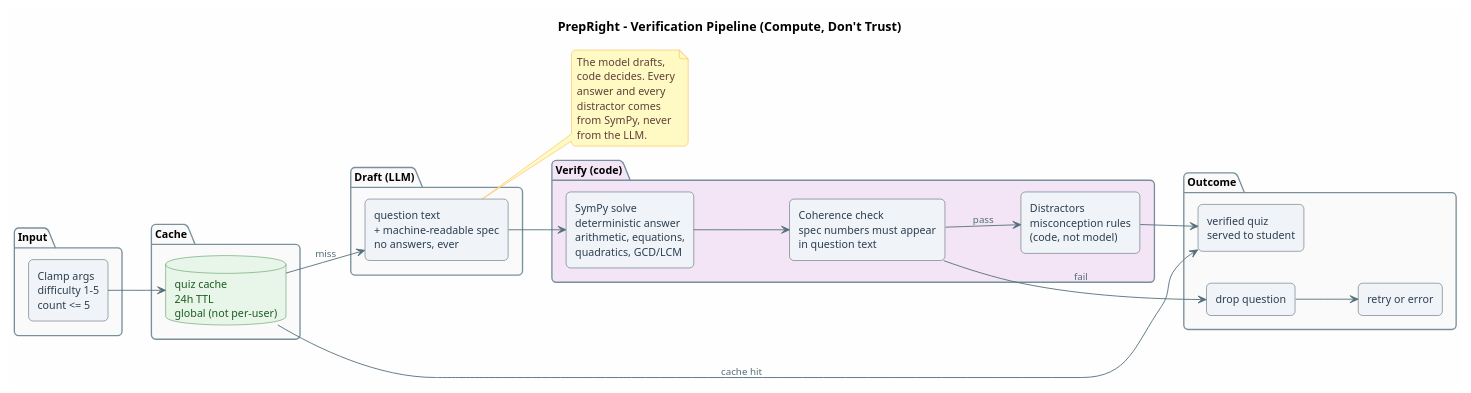
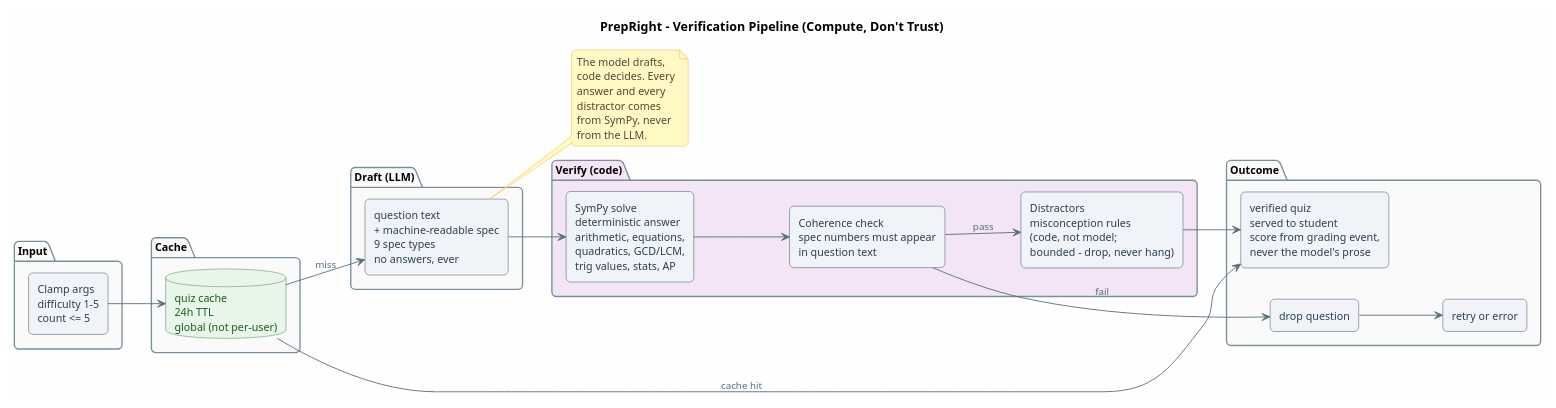
The diagram in diagrams/verification.puml (vedant-9/prepright), drawn with PlantUML before and after one commit. The commit also changed 3 other files, not shown here.

First line of the commit message:
diagrams: v0.2 shape

```diff
--- a/diagrams/verification.puml
+++ b/diagrams/verification.puml
@@ -1,78 +1,78 @@
 @startuml
 skinparam backgroundColor #FEFEFE
 skinparam shadowing false
 skinparam defaultFontSize 12
 skinparam roundCorner 10
 skinparam rectangle {
   BackgroundColor #F0F4F8
   BorderColor #2C3E50
   FontColor #2C3E50
 }
 skinparam database {
   BackgroundColor #E8F5E9
   BorderColor #2E7D32
   FontColor #1B5E20
 }
 skinparam package {
   BackgroundColor #FAFAFA
   BorderColor #78909C
   FontStyle bold
 }
 skinparam arrow {
   Color #546E7A
   FontSize 11
   FontColor #546E7A
 }
 skinparam note {
   BackgroundColor #FFF9C4
   BorderColor #F9A825
   FontColor #5D4037
 }
 
 title PrepRight - Verification Pipeline (Compute, Don't Trust)
 
 left to right direction
 
 package "Input" {
   rectangle "Clamp args\ndifficulty 1-5\ncount <= 5" as CLAMP
 }
 
 package "Cache" {
   database "quiz cache\n24h TTL\nglobal (not per-user)" as CACHE
 }
 
 package "Draft (LLM)" {
-  rectangle "question text\n+ machine-readable spec\nno answers, ever" as DRAFT
+  rectangle "question text\n+ machine-readable spec\n9 spec types\nno answers, ever" as DRAFT
 }
 
 package "Verify (code)" #F3E5F5 {
-  rectangle "SymPy solve\ndeterministic answer\narithmetic, equations,\nquadratics, GCD/LCM" as SOLVE
+  rectangle "SymPy solve\ndeterministic answer\narithmetic, equations,\nquadratics, GCD/LCM,\ntrig values, stats, AP" as SOLVE
   rectangle "Coherence check\nspec numbers must appear\nin question text" as COHERENT
-  rectangle "Distractors\nmisconception rules\n(code, not model)" as DISTRACT
+  rectangle "Distractors\nmisconception rules\n(code, not model;\nbounded - drop, never hang)" as DISTRACT
 }
 
 package "Outcome" {
-  rectangle "verified quiz\nserved to student" as SERVE
+  rectangle "verified quiz\nserved to student\nscore from grading event,\nnever the model's prose" as SERVE
   rectangle "drop question" as DROP
   rectangle "retry or error" as RETRY
 }
 
 CLAMP --> CACHE
 CACHE --> DRAFT : miss
 CACHE --> SERVE : cache hit
 DRAFT --> SOLVE
 SOLVE --> COHERENT
 COHERENT --> DISTRACT : pass
 COHERENT -down-> DROP : fail
 DROP -down-> RETRY
 DISTRACT --> SERVE
 
 note right of DRAFT
   The model drafts,
   code decides. Every
   answer and every
   distractor comes
   from SymPy, never
   from the LLM.
 end note
 @enduml
```
